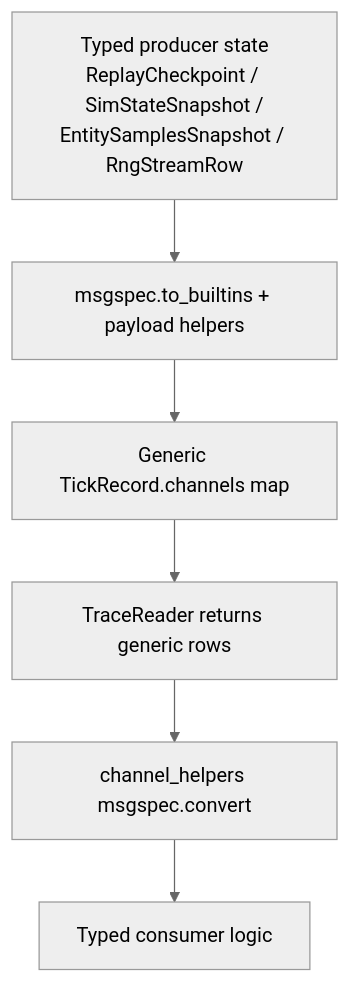
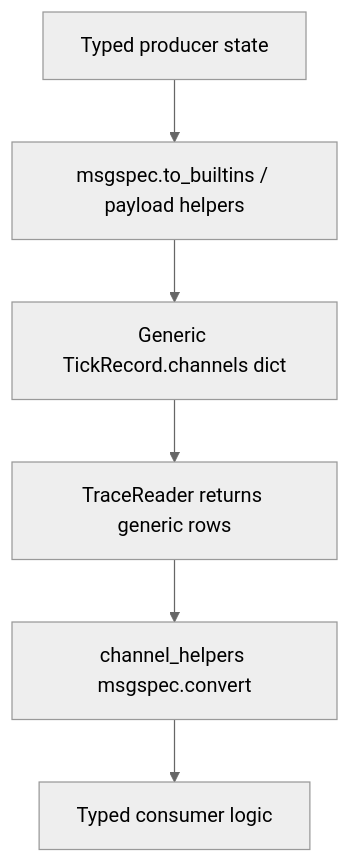
Before and after one commit to banteg/crimson: the fourth of 7 diagrams in DBG_TRACE_ARCHITECTURE_MEMO.md, drawn with Mermaid (neutral theme). The commit also changed other lines of this file and 1 other file, not shown here.

````diff
--- a/DBG_TRACE_ARCHITECTURE_MEMO.md
+++ b/DBG_TRACE_ARCHITECTURE_MEMO.md
@@ -100,9 +314,8 @@
 ```mermaid
 flowchart TB
-    A[Typed producer state\nReplayCheckpoint / SimStateSnapshot /\nEntitySamplesSnapshot / RngStreamRow] -->
-    B[msgspec.to_builtins + payload helpers]
-    B --> C[Generic TickRecord.channels map]
-    C --> D[TraceReader returns generic rows]
-    D --> E[channel_helpers msgspec.convert]
-    E --> F[Typed consumer logic]
+    A["Typed producer state"] --> B["msgspec.to_builtins / payload helpers"]
+    B --> C["Generic TickRecord.channels dict"]
+    C --> D["TraceReader returns generic rows"]
+    D --> E["channel_helpers msgspec.convert"]
+    E --> F["Typed consumer logic"]
 ```
````
